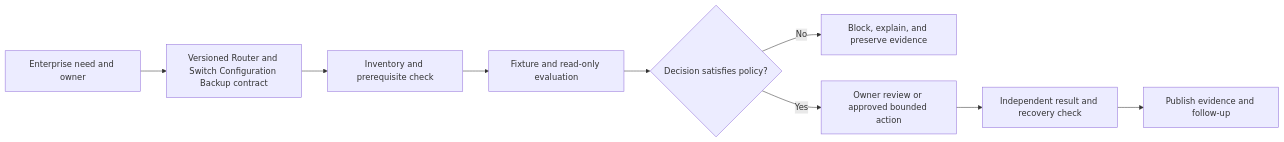
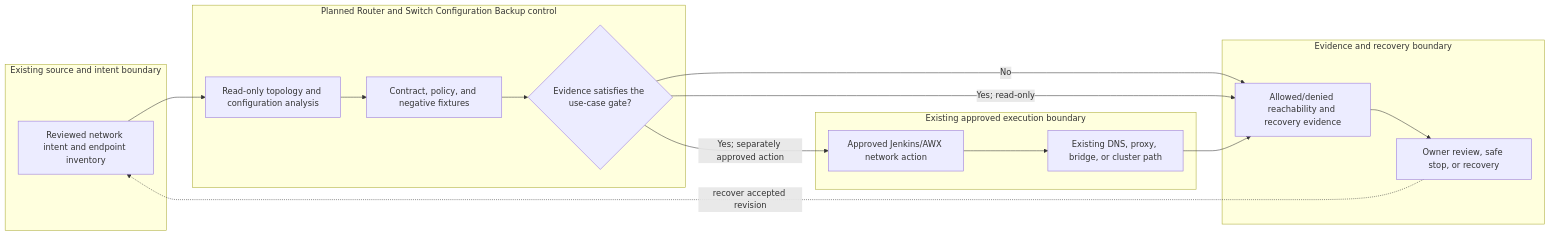
One commit to MIDHTECH/enterprise-architecture-docs changed the diagram in docs/use-cases/network/UC-NET-007-router-and-switch-configuration-backup.md. Above: the diagram before and after it, drawn with Mermaid. The commit also changed other lines of this file and 227 other files, not shown here.

Commit message:
Deepen architecture for all use case designs

````diff
--- a/docs/use-cases/network/UC-NET-007-router-and-switch-configuration-backup.md
+++ b/docs/use-cases/network/UC-NET-007-router-and-switch-configuration-backup.md
@@ -136,11 +129,25 @@
 ```mermaid
 flowchart LR
-    Need["Enterprise need and owner"] --> Contract["Versioned Router and Switch Configuration Backup contract"]
-    Contract --> Preflight["Inventory and prerequisite check"]
-    Preflight --> Evaluate["Fixture and read-only evaluation"]
-    Evaluate --> Decision{"Decision satisfies policy?"}
-    Decision -->|No| Stop["Block, explain, and preserve evidence"]
-    Decision -->|Yes| Review["Owner review or approved bounded action"]
-    Review --> Verify["Independent result and recovery check"]
-    Verify --> Publish["Publish evidence and follow-up"]
+    subgraph Source["Existing source and intent boundary"]
+        A["Reviewed network intent and endpoint inventory"]
+    end
+    subgraph Planned["Planned Router and Switch Configuration Backup control"]
+        B["Read-only topology and configuration analysis"]
+        C["Contract, policy, and negative fixtures"]
+        D{"Evidence satisfies the use-case gate?"}
+    end
+    subgraph Runtime["Existing approved execution boundary"]
+        E["Approved Jenkins/AWX network action"]
+        F["Existing DNS, proxy, bridge, or cluster path"]
+    end
+    subgraph Assurance["Evidence and recovery boundary"]
+        G["Allowed/denied reachability and recovery evidence"]
+        H["Owner review, safe stop, or recovery"]
+    end
+
+    A --> B --> C --> D
+    D -->|No| G --> H
+    D -->|Yes; read-only| G
+    D -->|Yes; separately approved action| E --> F --> G
+    H -. recover accepted revision .-> A
 ```
````
